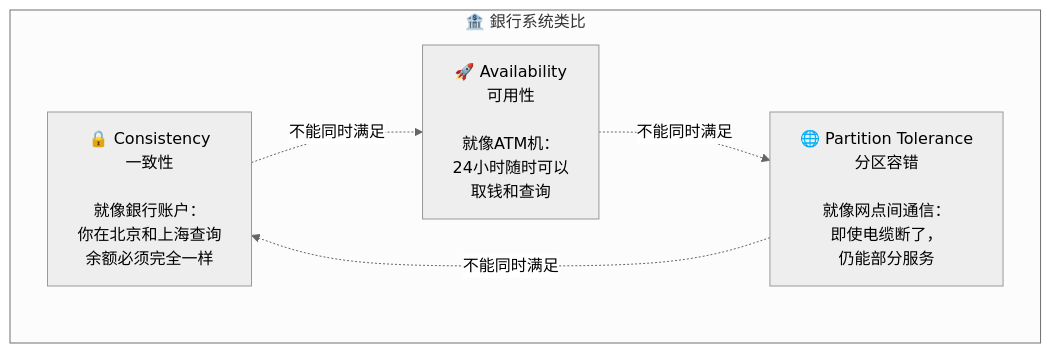
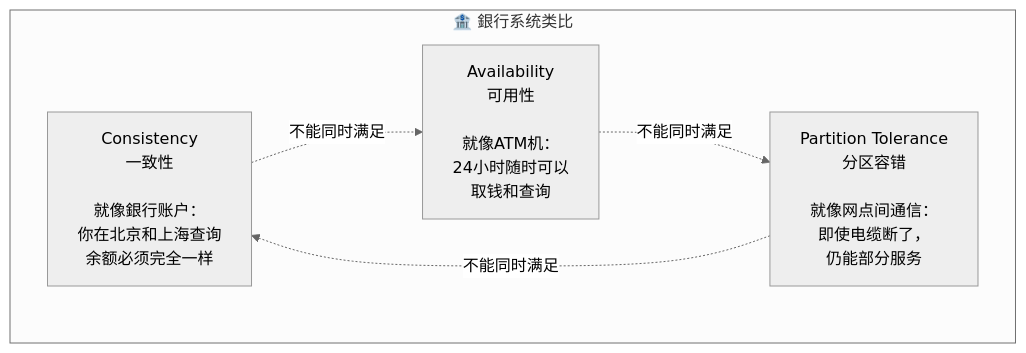
Before and after one commit to jsalessandro/lesshash: the first of 4 diagrams in content/posts/distributed-02-cap-theorem.md, drawn with Mermaid (neutral theme). The commit also changed other lines of this file and 4 other files, not shown here.

Commit message:
feat: Add Mermaid support for enhanced diagram rendering in posts

````diff
--- a/content/posts/distributed-02-cap-theorem.md
+++ b/content/posts/distributed-02-cap-theorem.md
@@ -35,12 +35,12 @@
 ```mermaid
 flowchart TD
     subgraph "🏦 銀行系统类比"
-        A["🔒 Consistency<br/>一致性<br/><br/>就像銀行账户：<br/>你在北京和上海查询<br/>余额必须完全一样"]
-        B["🚀 Availability<br/>可用性<br/><br/>就像ATM机：<br/>24小时随时可以<br/>取钱和查询"]
-        C["🌐 Partition Tolerance<br/>分区容错<br/><br/>就像网点间通信：<br/>即使电缆断了，<br/>仍能部分服务"]
+        A["Consistency<br/>一致性<br/><br/>就像銀行账户：<br/>你在北京和上海查询<br/>余额必须完全一样"]
+        B["Availability<br/>可用性<br/><br/>就像ATM机：<br/>24小时随时可以<br/>取钱和查询"]
+        C["Partition Tolerance<br/>分区容错<br/><br/>就像网点间通信：<br/>即使电缆断了，<br/>仍能部分服务"]
     end
 
     A -.->|"不能同时满足"| B
     B -.->|"不能同时满足"| C
     C -.->|"不能同时满足"| A
 ```
````
